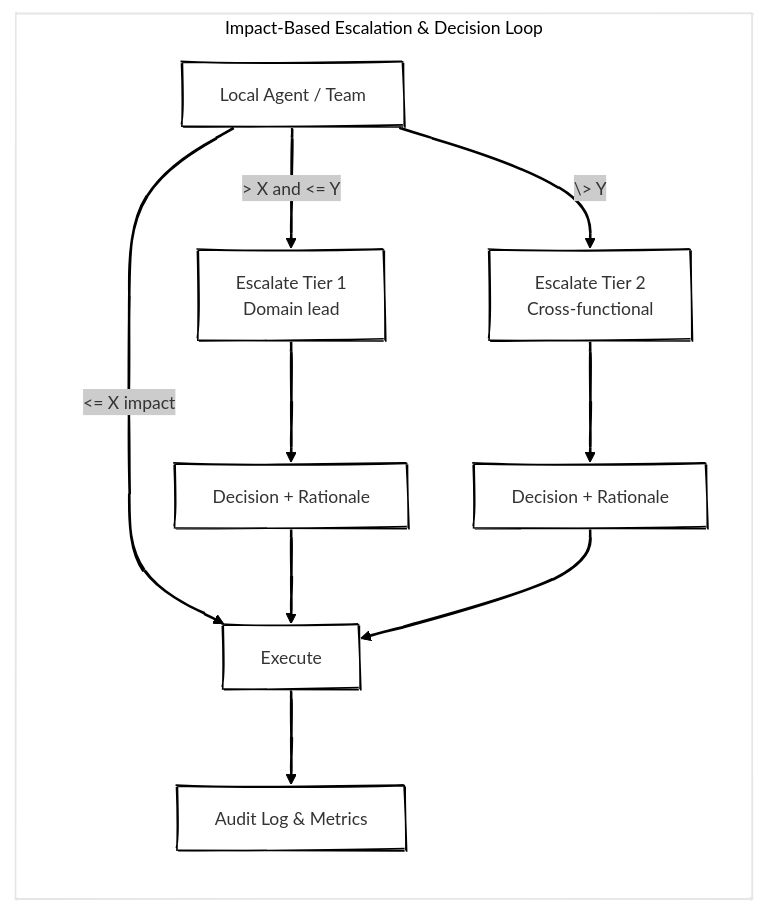
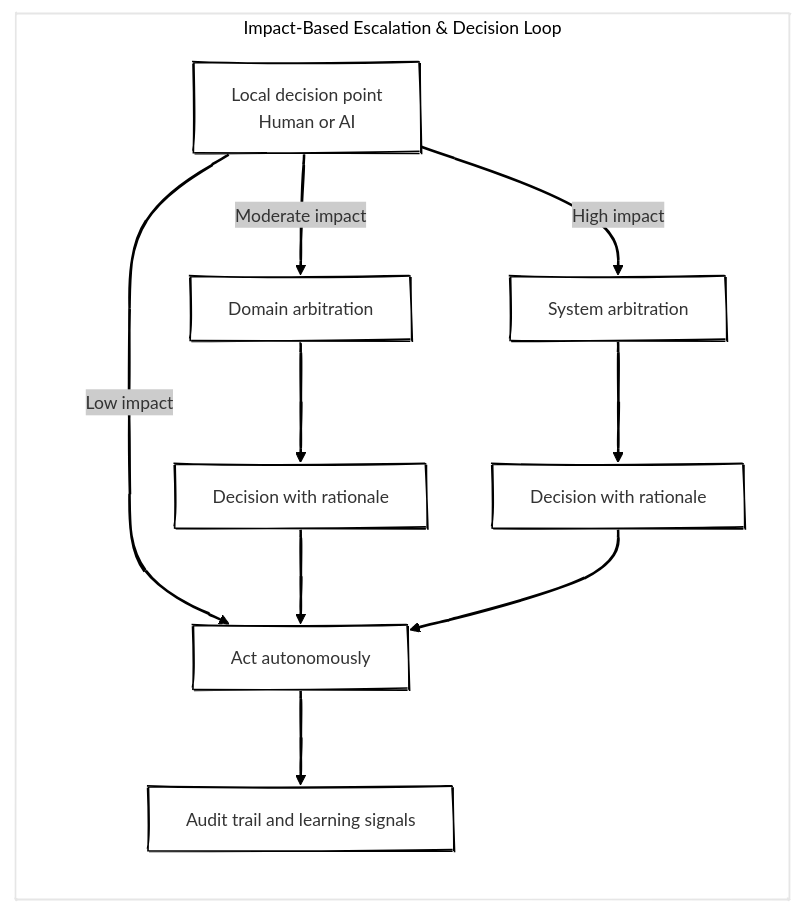
One commit to antomon/antomon.github.io changed the fifth of 8 diagrams in posts/from-planning-to-orchestration-reimagining-enterprise-beyond-S&OP/index.qmd. Above: the diagram before and after it, drawn with Mermaid. The commit also changed other lines of this file and 4 other files, not shown here.

````diff
--- a/posts/from-planning-to-orchestration-reimagining-enterprise-beyond-S&OP/index.qmd
+++ b/posts/from-planning-to-orchestration-reimagining-enterprise-beyond-S&OP/index.qmd
@@ -291,20 +326,34 @@
 ```{mermaid}
 %%| label: fig-decision-rights
-%%| fig-cap: Decision rights as policy, dynamic escalation
-%%| fig-alt: Local autonomy within bounds with tiered escalation and safety nets
+%%| fig-cap: "Decision rights as policy: dynamic autonomy with impact-based escalation"
+%%| fig-alt: "Local autonomy within bounds with tiered escalation and safety nets"
 %%| fig-align: "center"
 %%{init: {"theme": "neo", "look": "handDrawn"}}%%
 
 flowchart LR
 
   subgraph EG[Impact#8209;Based&nbsp;Escalation&nbsp;&&nbsp;Decision&nbsp;Loop]
-    L["Local Agent / Team"] -- "&lt;= X impact" --> Do["Execute"]
-    L -- "&gt; X and &lt;= Y" --> Esc1["Escalate Tier 1<br>Domain lead"]
-    L -- \> Y --> Esc2["Escalate Tier 2<br>Cross-functional"]
-    Esc1 --> Decide1["Decision + Rationale"]
+    L["Local decision point<br/>Human or AI"] 
+      -- "Low impact" --> 
+    Do["Act autonomously"]
+
+    L 
+      -- "Moderate impact" --> 
+    Esc1["Domain arbitration"]
+
+    L 
+      -- "High impact" --> 
+    Esc2["System arbitration"]
+
+    Esc1 --> 
+    Decide1["Decision with rationale"]
     Decide1 --> Do
-    Esc2 --> Decide2["Decision + Rationale"]
+
+    Esc2 --> 
+    Decide2["Decision with rationale"]
     Decide2 --> Do
-    Do --> Log["Audit Log & Metrics"]
+
+    Do --> 
+    Log["Audit trail and learning signals"]
   end
 ```
````
